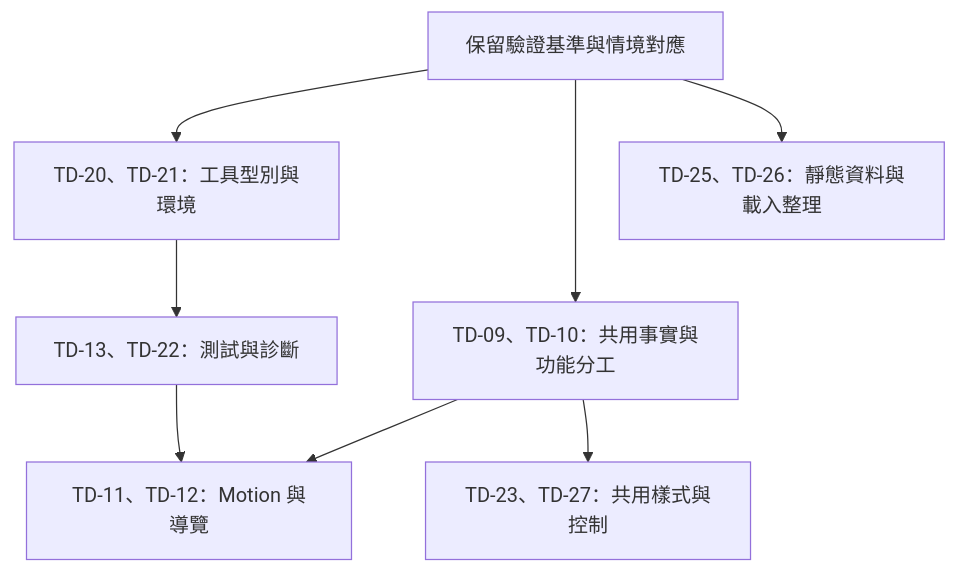
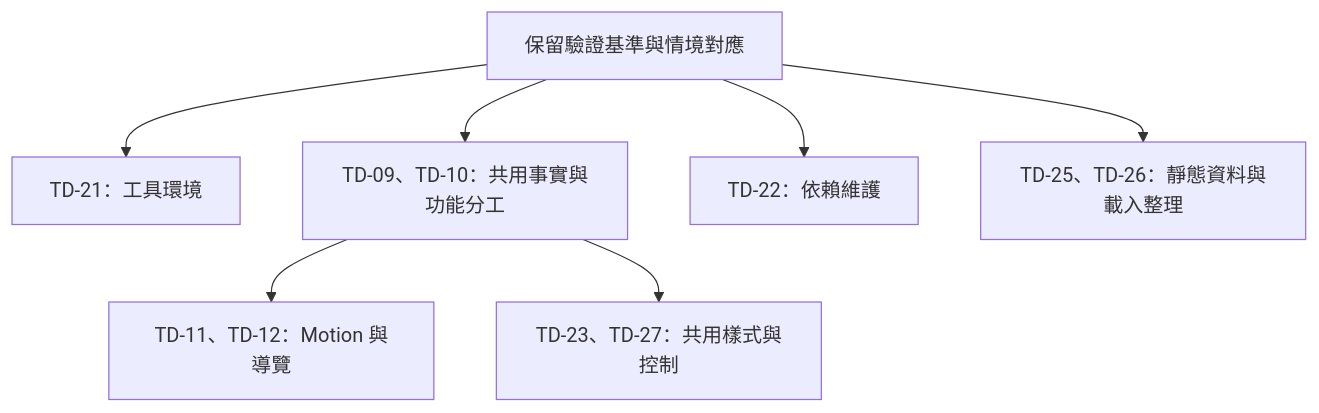
The third of 3 diagrams in docs/plans/0001-codebase-technical-debt.md (bingyangchen/bingyangchen.github.io), drawn with Mermaid before and after one commit. The commit also changed other lines of this file and 62 other files, not shown here.

````diff
--- a/docs/plans/0001-codebase-technical-debt.md
+++ b/docs/plans/0001-codebase-technical-debt.md
@@ -244,11 +225,10 @@
 ```mermaid
 flowchart TD
   baseline[保留驗證基準與情境對應]
-  baseline --> tooling[TD-20、TD-21：工具型別與環境]
+  baseline --> tooling[TD-21：工具環境]
   baseline --> content[TD-09、TD-10：共用事實與功能分工]
-  tooling --> tests[TD-13、TD-22：測試與診斷]
+  baseline --> maintenance[TD-22：依賴維護]
   content --> logic[TD-11、TD-12：Motion 與導覽]
-  tests --> logic
   content --> styles[TD-23、TD-27：共用樣式與控制]
   baseline --> optional[TD-25、TD-26：靜態資料與載入整理]
 ```
````
